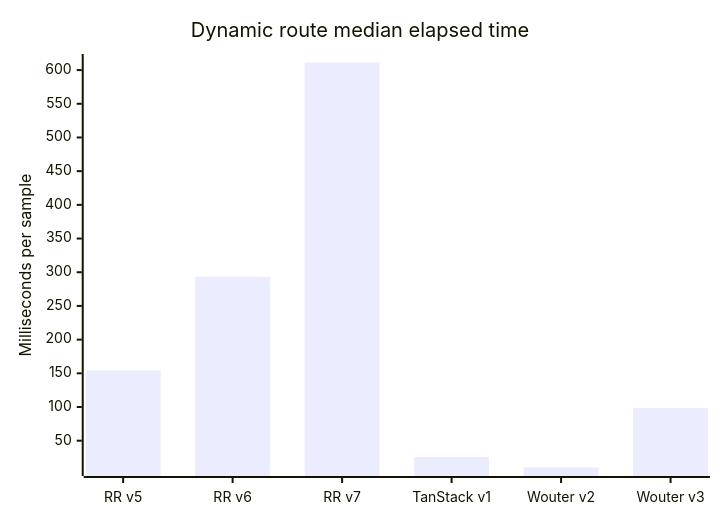
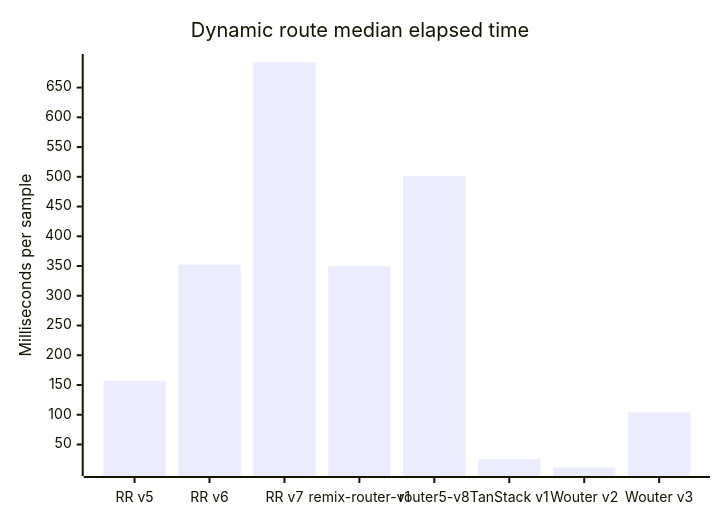
One commit to rudolfolah/benchmark-routers-for-react changed the first of 3 diagrams in README.md. Above: the diagram before and after it, drawn with Mermaid. The commit also changed other lines of this file and 1 other file, not shown here.

````diff
--- a/README.md
+++ b/README.md
@@ -108,7 +108,7 @@
 ```mermaid
 xychart-beta
     title "Dynamic route median elapsed time"
-    x-axis ["RR v5", "RR v6", "RR v7", "TanStack v1", "Wouter v2", "Wouter v3"]
+    x-axis ["RR v5", "RR v6", "RR v7", "remix-router-v1", "router5-v8", "TanStack v1", "Wouter v2", "Wouter v3"]
     y-axis "Milliseconds per sample"
-    bar [154.314, 293.396, 611.264, 25.842, 10.221, 98.308]
+    bar [156.907, 352.453, 692.15, 349.462, 501.257, 25.538, 11.301, 103.803]
 ```
````
